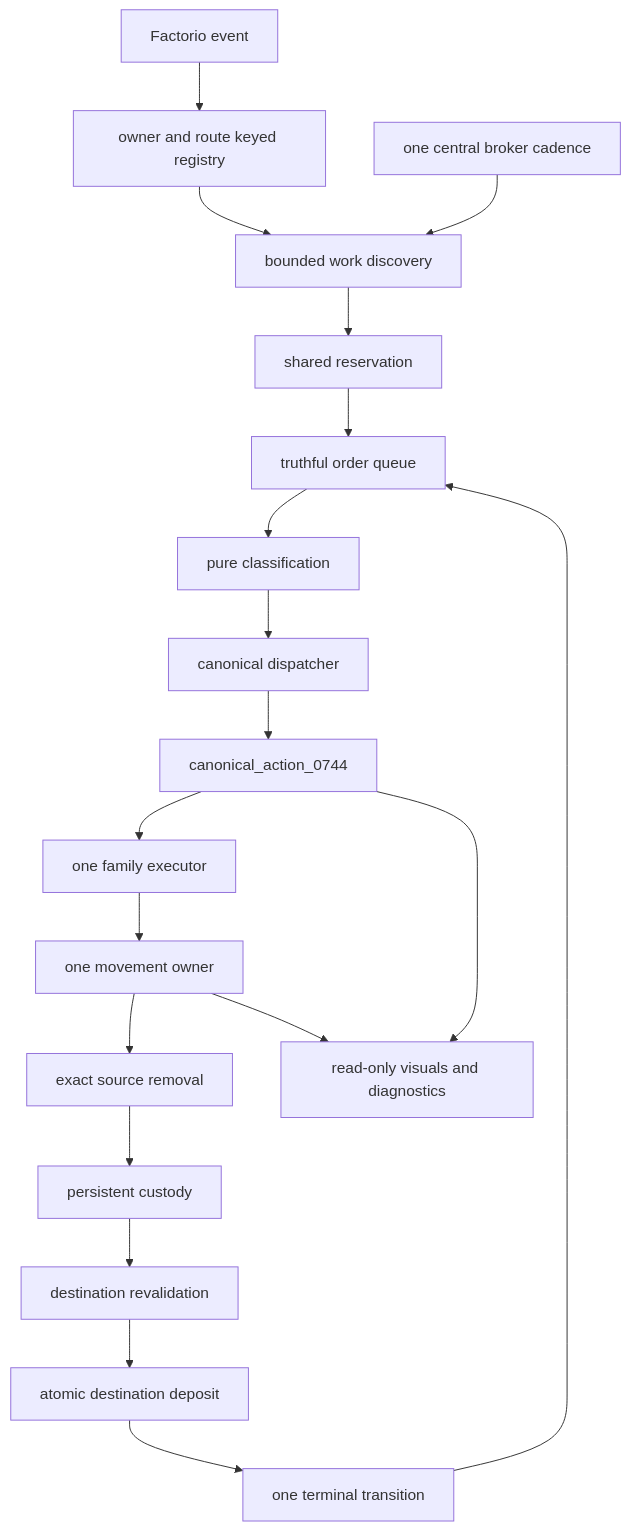
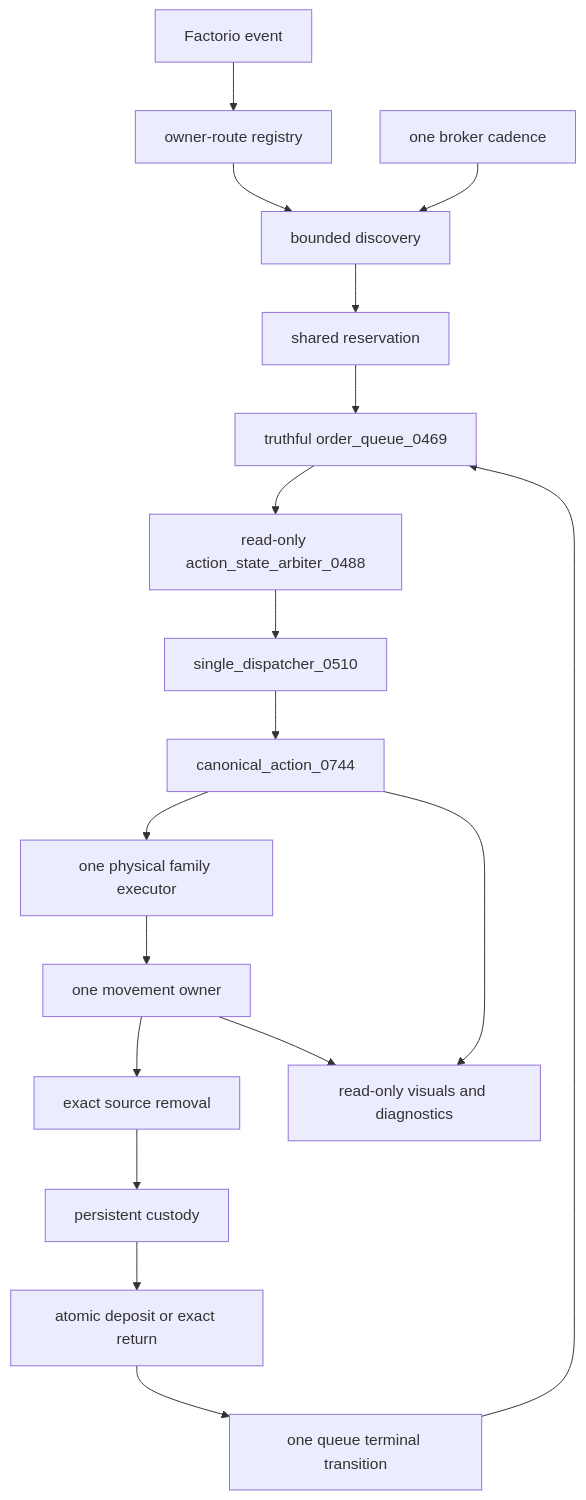
The fourth of 11 diagrams in docs/RECOVERY_AUTHORITY_MAP_CURRENT.md (mrcalzon02/Tech-Priests), drawn with Mermaid before and after one commit. The commit also changed other lines of this file, not shown here.

````diff
--- a/docs/RECOVERY_AUTHORITY_MAP_CURRENT.md
+++ b/docs/RECOVERY_AUTHORITY_MAP_CURRENT.md
@@ -96,27 +84,26 @@
 ```mermaid
 flowchart TD
     Event[Factorio event]
-    Registry[owner and route keyed registry]
-    Broker[one central broker cadence]
-    Discovery[bounded work discovery]
+    Registry[owner-route registry]
+    Broker[one broker cadence]
+    Discovery[bounded discovery]
     Reservation[shared reservation]
-    Queue[truthful order queue]
-    Classification[pure classification]
-    Dispatcher[canonical dispatcher]
+    Queue[truthful order_queue_0469]
+    Classification[read-only action_state_arbiter_0488]
+    Dispatcher[single_dispatcher_0510]
     Action[canonical_action_0744]
-    Executor[one family executor]
-    Move[one movement owner]
+    Executor[one physical family executor]
+    Movement[one movement owner]
     Remove[exact source removal]
-    Carry[persistent custody]
-    Revalidate[destination revalidation]
-    Deposit[atomic destination deposit]
-    Terminal[one terminal transition]
+    Custody[persistent custody]
+    Deposit[atomic deposit or exact return]
+    Terminal[one queue terminal transition]
     Observe[read-only visuals and diagnostics]
 
     Event --> Registry --> Discovery
     Broker --> Discovery
     Discovery --> Reservation --> Queue --> Classification --> Dispatcher --> Action --> Executor
-    Executor --> Move --> Remove --> Carry --> Revalidate --> Deposit --> Terminal --> Queue
+    Executor --> Movement --> Remove --> Custody --> Deposit --> Terminal --> Queue
     Action --> Observe
-    Move --> Observe
+    Movement --> Observe
 ```
````
